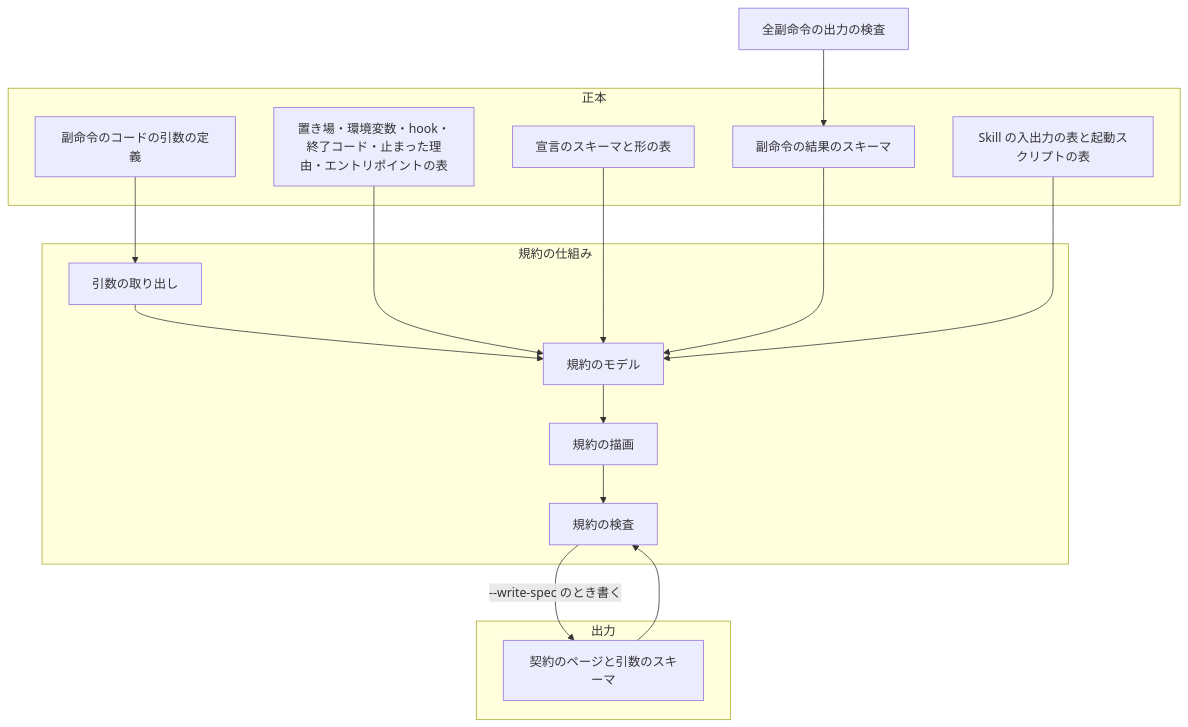
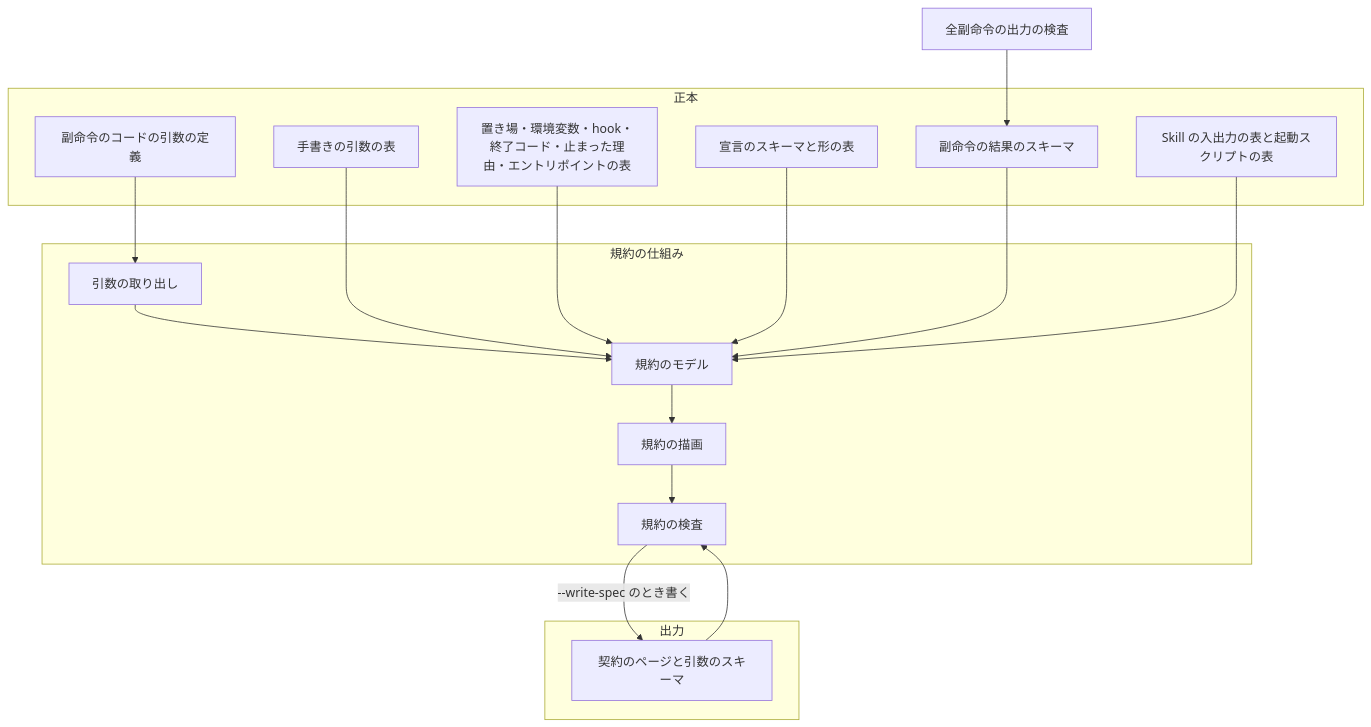
The first of 3 diagrams in issues/issue-3518-design.md (devbasex/ai-plugins), drawn with Mermaid before and after one commit. The commit also changed other lines of this file and 1 other file, not shown here.

````diff
--- a/issues/issue-3518-design.md
+++ b/issues/issue-3518-design.md
@@ -180,29 +189,31 @@
 ```mermaid
 graph TD
     subgraph 正本
         T[置き場・環境変数・hook・終了コード・止まった理由・エントリポイントの表]
         S[宣言のスキーマと形の表]
         R[副命令の結果のスキーマ]
         K[Skill の入出力の表と起動スクリプトの表]
         C[副命令のコードの引数の定義]
+        H[手書きの引数の表]
     end
     subgraph 規約の仕組み
         A[引数の取り出し]
         M[規約のモデル]
         D[規約の描画]
         V[規約の検査]
     end
     subgraph 出力
         O[契約のページと引数のスキーマ]
     end
     C --> A --> M
+    H --> M
     T --> M
     S --> M
     R --> M
     K --> M
     M --> D
     D --> V
     O --> V
     V -->|--write-spec のとき書く| O
     E[全副命令の出力の検査] --> R
 ```
````
